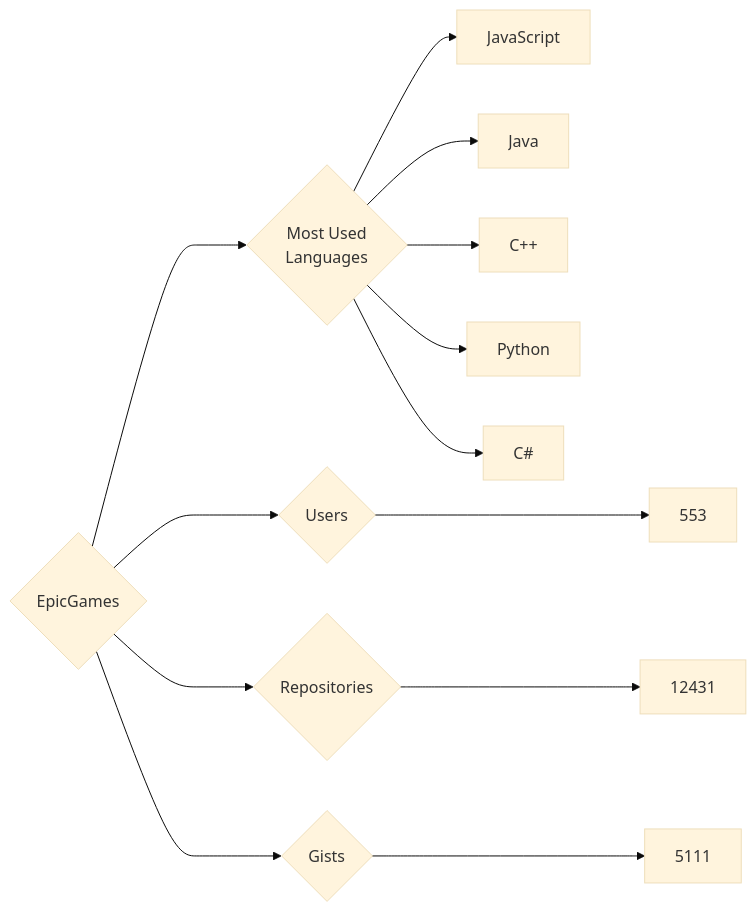
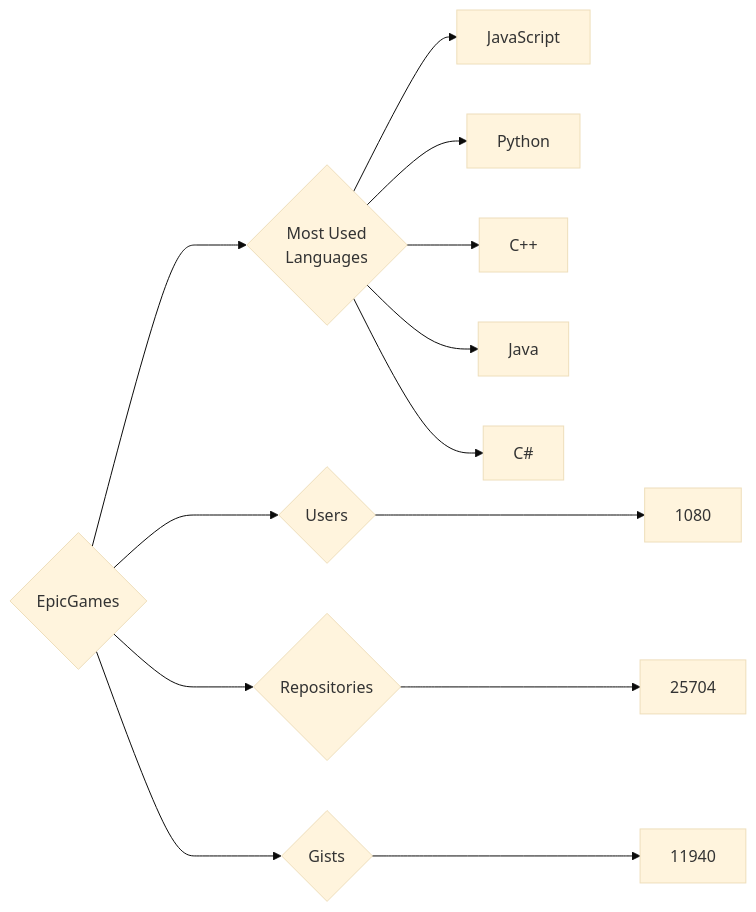
The diagram in targets/EpicGames/README.md (trickest/insiders), drawn with Mermaid (base theme) before and after one commit. The commit also changed 682 other files, not shown here.

````diff
--- a/targets/EpicGames/README.md
+++ b/targets/EpicGames/README.md
@@ -3,13 +3,13 @@
 ```mermaid
 graph LR
 COMPANY_NAME{EpicGames}
-COMPANY_NAME ---> U{Users} ---> UN[553]
-COMPANY_NAME ---> R{Repositories} ---> RN[12431]
-COMPANY_NAME ---> G{Gists} ---> GN[5111]
+COMPANY_NAME ---> U{Users} ---> UN[1080]
+COMPANY_NAME ---> R{Repositories} ---> RN[25704]
+COMPANY_NAME ---> G{Gists} ---> GN[11940]
 COMPANY_NAME ---> ML{Most Used<br>Languages}
 ML --> JavaScript[JavaScript]
+ML --> Python[Python]
+ML --> C++[C++]
 ML --> Java[Java]
-ML --> C++[C++]
-ML --> Python[Python]
 ML --> C#[C#]
 ```
````
